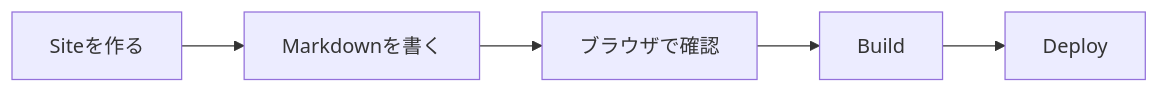
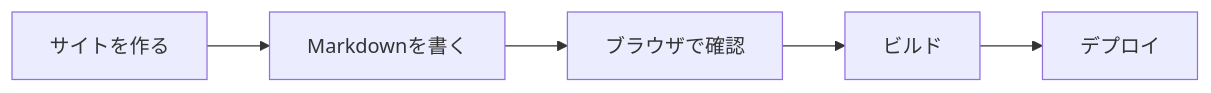
The first of 4 diagrams in docs/ja/README.md (Rerurate514/riebeckite), drawn with Mermaid before and after one commit. The commit also changed other lines of this file and 10 other files, not shown here.

````diff
--- a/docs/ja/README.md
+++ b/docs/ja/README.md
@@ -17,13 +17,13 @@
 ```mermaid id="uh61o4"
 flowchart LR
-    Create["Siteを作る"]
+    Create["サイトを作る"]
     Content["Markdownを書く"]
     Dev["ブラウザで確認"]
-    Build["Build"]
-    Deploy["Deploy"]
+    Build["ビルド"]
+    Deploy["デプロイ"]
 
     Create --> Content
     Content --> Dev
     Dev --> Build
     Build --> Deploy
 ```
````
